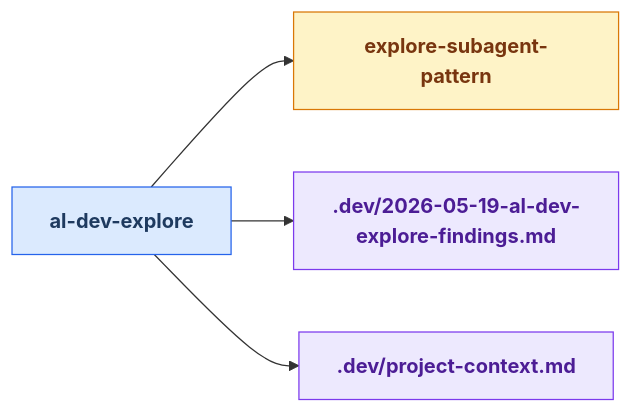
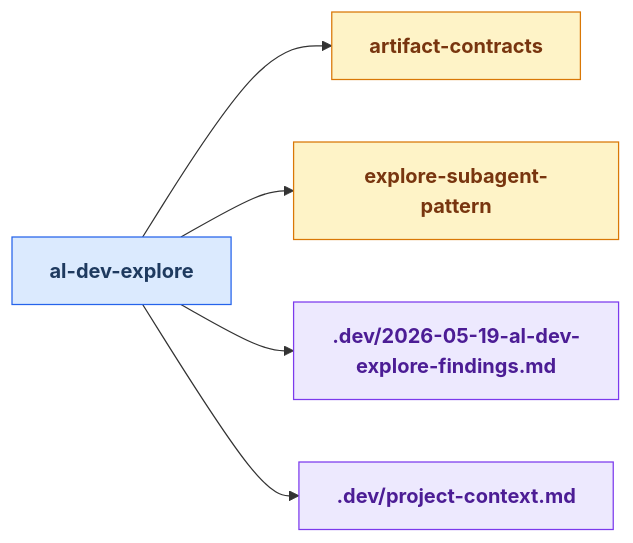
Before and after one commit to russell-laing/al-dev-shared: diagram 11 of 25 in docs/al-dev-skills-map.md, drawn with Mermaid. The commit also changed other lines of this file and 7 other files, not shown here.

````diff
--- a/docs/al-dev-skills-map.md
+++ b/docs/al-dev-skills-map.md
@@ -630,22 +633,25 @@
 ```mermaid
 flowchart LR
     classDef skillNode fill:#dbeafe,stroke:#2563eb,color:#1e3a5f,font-weight:bold
     classDef agentNode fill:#d1fae5,stroke:#059669,color:#064e3b,font-weight:bold
     classDef knowledgeNode fill:#fef3c7,stroke:#d97706,color:#78350f,font-weight:bold
     classDef artifactNode fill:#ede9fe,stroke:#7c3aed,color:#4c1d95,font-weight:bold
     classDef phaseNode fill:#e0e7ff,stroke:#6366f1,color:#312e81,font-weight:bold
 
     skill_al_dev_explore[al-dev-explore]
+    knowledge_artifact_contracts_md[artifact-contracts]
     knowledge_explore_subagent_pattern_md[explore-subagent-pattern]
     artifact_2026_05_19_al_dev_explore_findings_md[.dev/2026-05-19-al-dev-explore-findings.md]
     artifact_project_context_md[.dev/project-context.md]
 
+    skill_al_dev_explore --> knowledge_artifact_contracts_md
     skill_al_dev_explore --> knowledge_explore_subagent_pattern_md
     skill_al_dev_explore --> artifact_2026_05_19_al_dev_explore_findings_md
     skill_al_dev_explore --> artifact_project_context_md
 
     class skill_al_dev_explore skillNode
+    class knowledge_artifact_contracts_md knowledgeNode
     class knowledge_explore_subagent_pattern_md knowledgeNode
     class artifact_2026_05_19_al_dev_explore_findings_md artifactNode
     class artifact_project_context_md artifactNode
 ```
````
